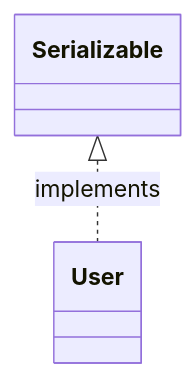
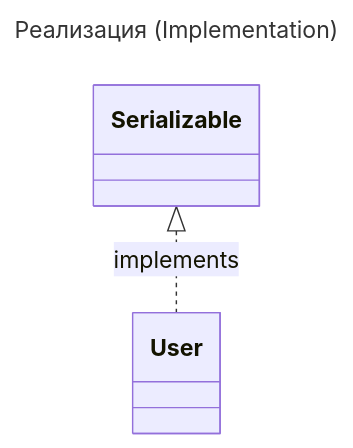
One commit to mrtxee/enterprise-developer-almanac changed diagram 12 of 13 in software-engineer/notation/UML.md. Above: the diagram before and after it, drawn with Mermaid. The commit also changed other lines of this file and 209 other files, not shown here.

````diff
--- a/software-engineer/notation/UML.md
+++ b/software-engineer/notation/UML.md
@@ -282,7 +297,10 @@
 ```mermaid
+---
+title: Реализация (Implementation)
+---
 classDiagram
     class Serializable
     class User
     
     Serializable <|.. User : implements
 ```
````
